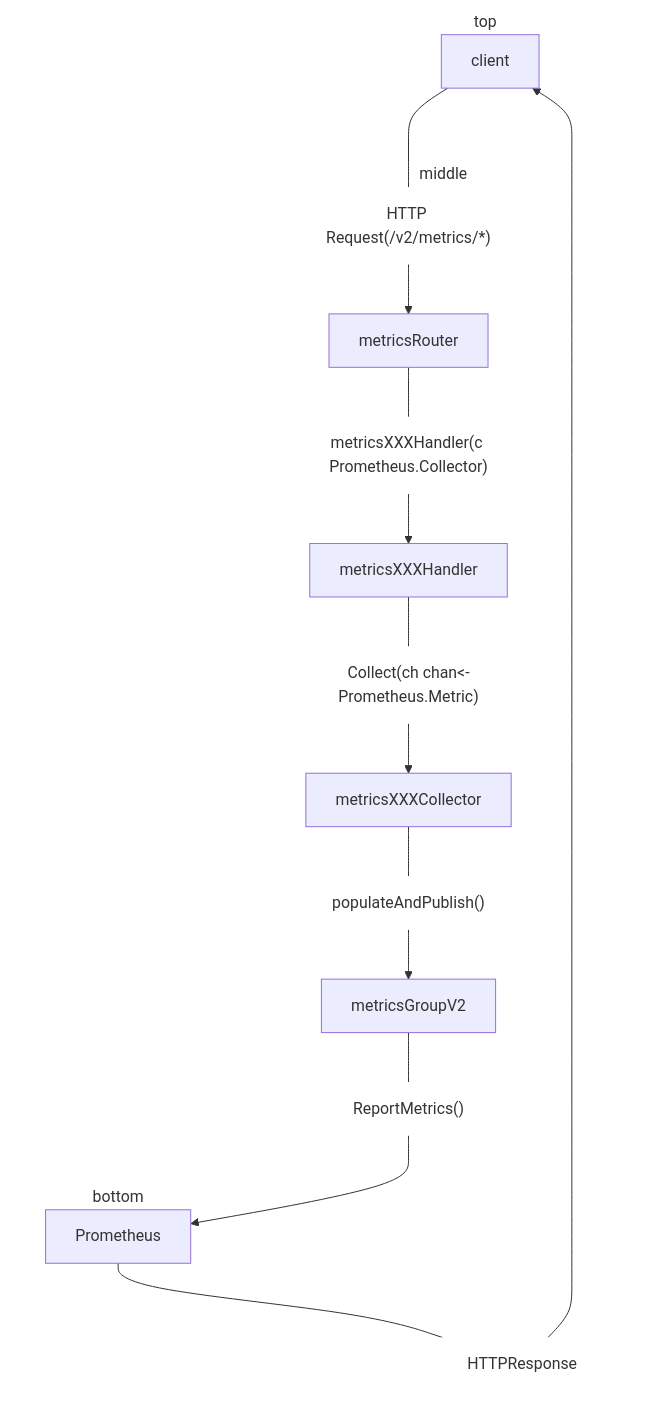
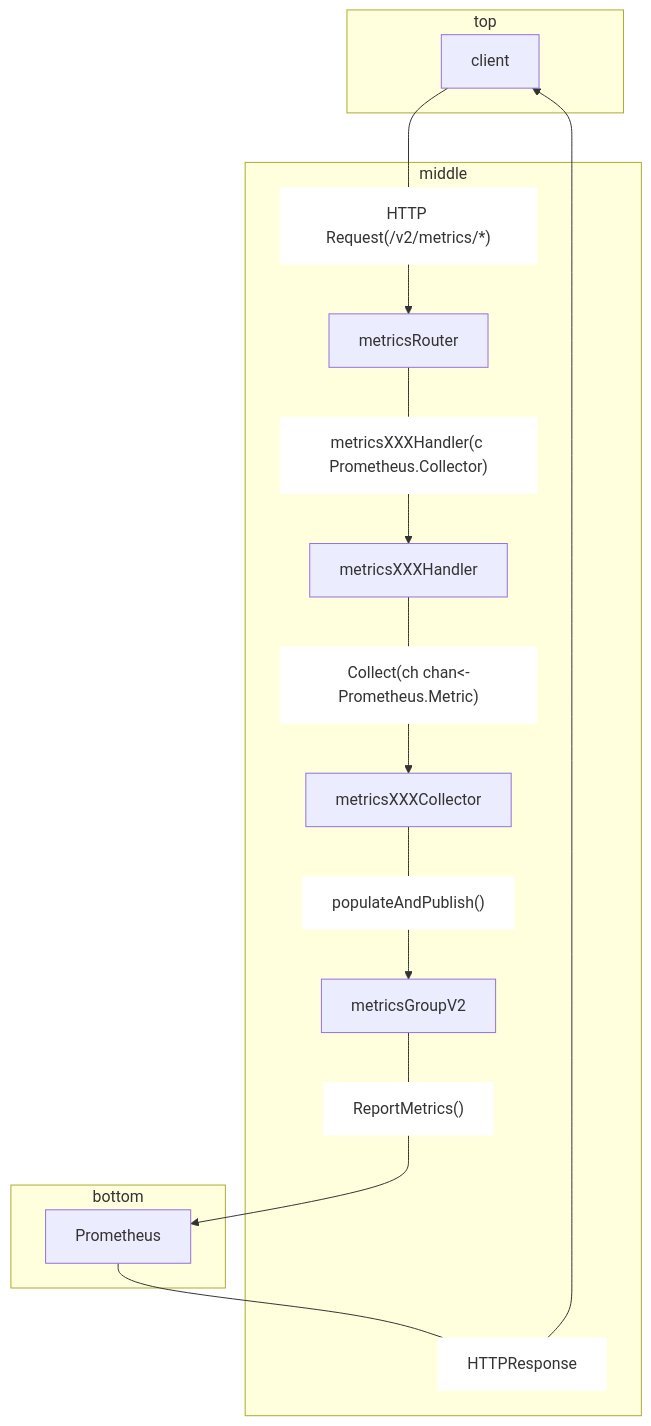
One commit to cquark/Minio_Code_Analysis changed the diagram in temp/invisible_node_test.md. Above: the diagram before and after it, drawn with Mermaid.

````diff
--- a/temp/invisible_node_test.md
+++ b/temp/invisible_node_test.md
@@ -3,38 +3,38 @@
 ```mermaid
 graph TD
 	classDef transparentNode fill:#fff, stroke-width:0px;
 	subgraph "top"
 	A[client]
 	end
 	subgraph "middle"
 	B[metricsRouter]
 	C[metricsXXXHandler]
 	D[metricsXXXCollector]
 	E[metricsGroupV2]
 	AB["HTTP Request(/v2/metrics/*)"]:::transparentNode
 	BC["metricsXXXHandler(c Prometheus.Collector)"]:::transparentNode
 	CD["Collect(ch chan<-Prometheus.Metric)"]:::transparentNode
 	DE["populateAndPublish()"]:::transparentNode
 	EF["ReportMetrics()"]:::transparentNode
 	FA[HTTPResponse]:::transparentNode
 	end
 	subgraph "bottom"
 	F[Prometheus]
 	end
-	class top transparentNode
-	class middle transparentNode
-	class bottom transparentNode
+	%%class top transparentNode
+	%%class middle transparentNode
+	%%class bottom transparentNode
 
 	A ---AB --> B
 	B ---BC--> C
 	C ---CD--> D
 	D ---DE--> E
 	E ---EF--> F
 	F ---FA--> A
 	click AB "https://google.com"
 	click BC "https://google.com"
 	click CD "https://google.com"
 	click DE "https://google.com"
 	click EF "https://google.com"
 	click FA "https://google.com"
 ```
````
